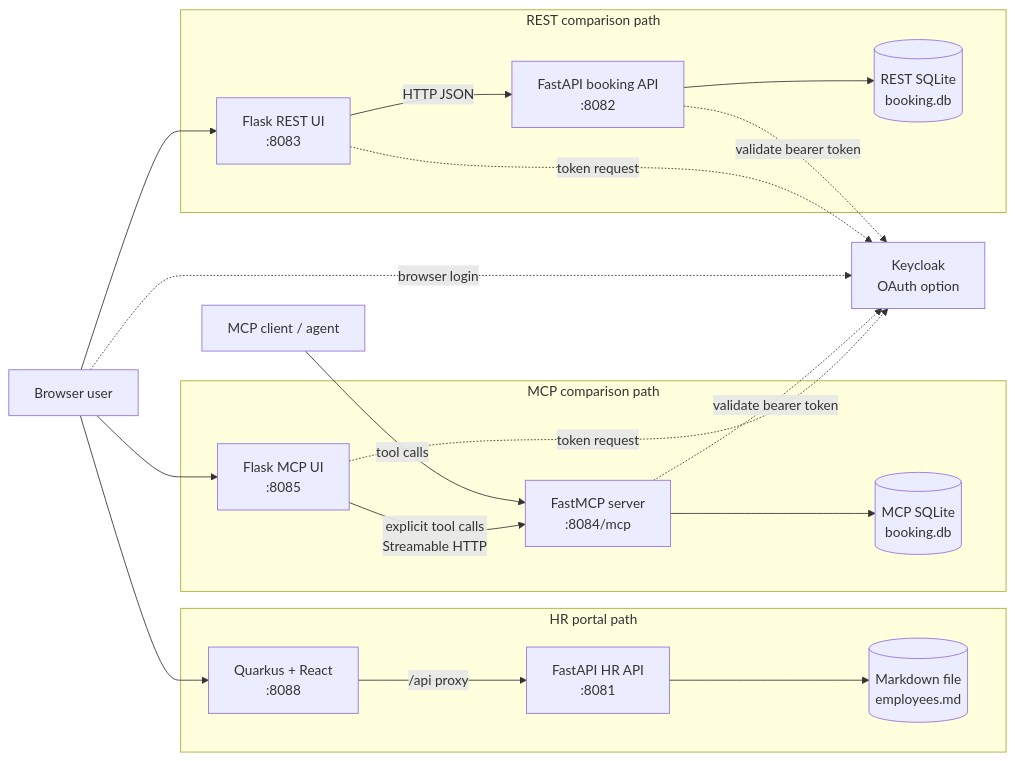
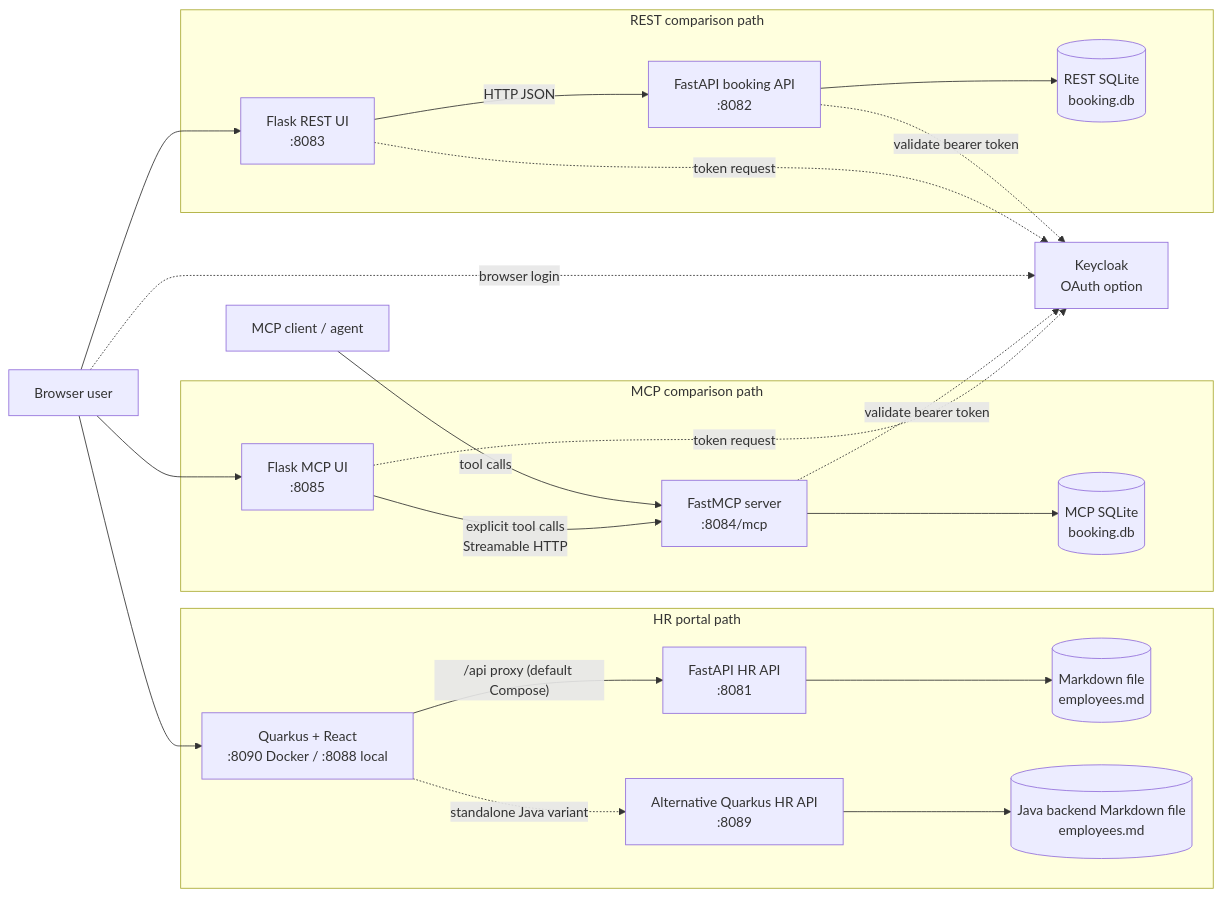
Before and after one commit to thomassuedbroecker/galaxium-travels-infrastructure-tsuedbro: the diagram in ARCHITECTURE.md, drawn with Mermaid. The commit also changed other lines of this file and 10 other files, not shown here.

First line of the commit message:
docs: align setup and architecture guides with current HR services

````diff
--- a/ARCHITECTURE.md
+++ b/ARCHITECTURE.md
@@ -33,37 +38,40 @@
 ```mermaid
 flowchart LR
     traveler["Browser user"]
     client["MCP client / agent"]
     keycloak["Keycloak<br/>OAuth option"]
 
     subgraph rest["REST comparison path"]
         rest_ui["Flask REST UI<br/>:8083"]
         rest_api["FastAPI booking API<br/>:8082"]
         rest_db[("REST SQLite<br/>booking.db")]
         rest_ui -->|"HTTP JSON"| rest_api --> rest_db
     end
 
     subgraph mcp["MCP comparison path"]
         mcp_ui["Flask MCP UI<br/>:8085"]
         mcp_server["FastMCP server<br/>:8084/mcp"]
         mcp_db[("MCP SQLite<br/>booking.db")]
         mcp_ui -->|"explicit tool calls<br/>Streamable HTTP"| mcp_server --> mcp_db
     end
 
     subgraph hr["HR portal path"]
-        hr_frontend["Quarkus + React<br/>:8088"]
+        hr_frontend["Quarkus + React<br/>:8090 Docker / :8088 local"]
         hr_api["FastAPI HR API<br/>:8081"]
         hr_data[("Markdown file<br/>employees.md")]
-        hr_frontend -->|"/api proxy"| hr_api --> hr_data
+        hr_frontend -->|"/api proxy (default Compose)"| hr_api --> hr_data
+        hr_java["Alternative Quarkus HR API<br/>:8089"]
+        hr_frontend -. "standalone Java variant" .-> hr_java
+        hr_java --> hr_java_data[("Java backend Markdown file<br/>employees.md")]
     end
 
     traveler --> rest_ui
     traveler --> mcp_ui
     traveler --> hr_frontend
     client -->|"tool calls"| mcp_server
     traveler -. "browser login" .-> keycloak
     rest_ui -. "token request" .-> keycloak
     mcp_ui -. "token request" .-> keycloak
     rest_api -. "validate bearer token" .-> keycloak
     mcp_server -. "validate bearer token" .-> keycloak
 ```
````
